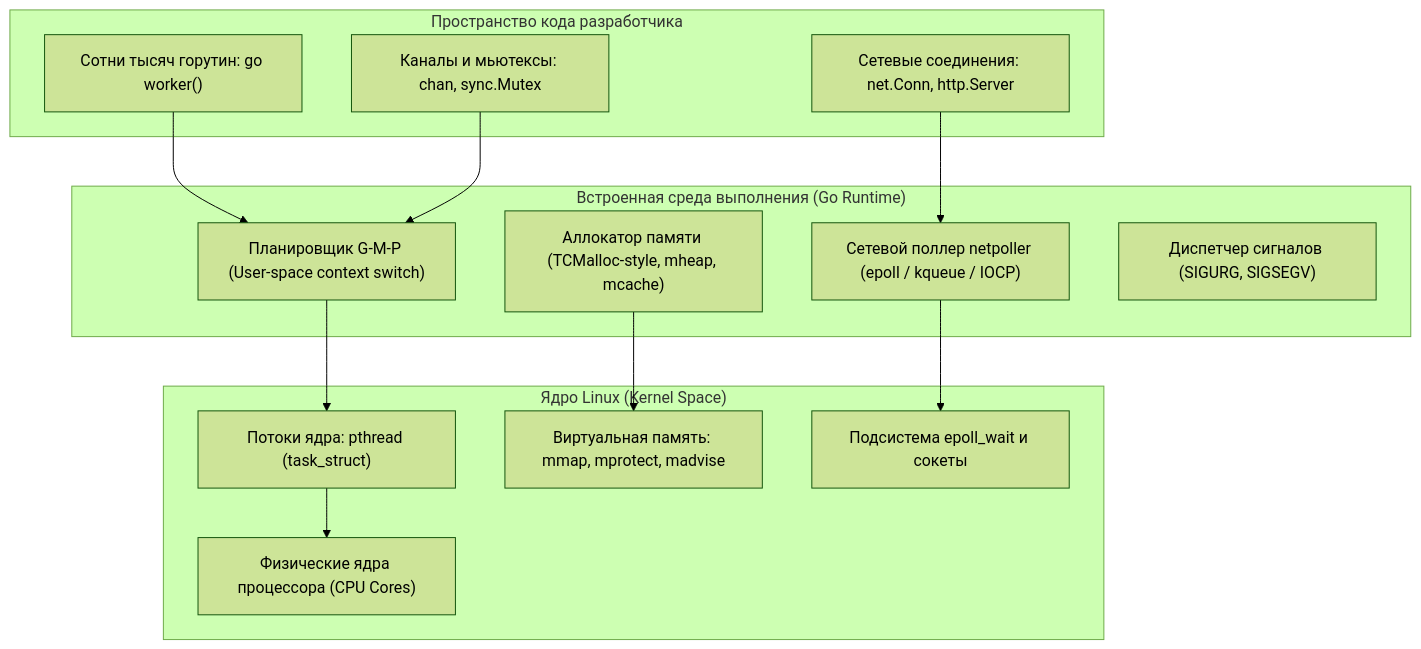
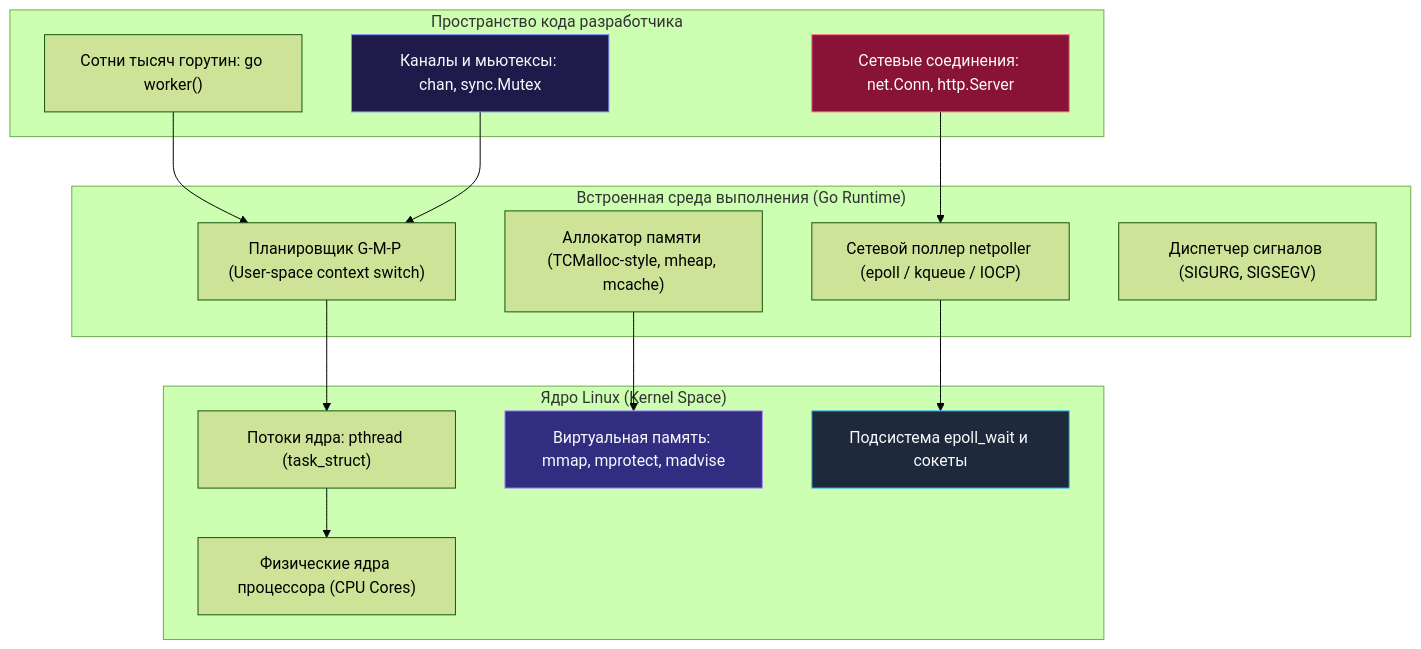
Before and after one commit to UnrealTemplier/go-textbook: the first of 5 diagrams in sources/2. Устройство и работа ОС/62. Как Go runtime взаимодействует с ОС.md, drawn with Mermaid (forest theme). The commit also changed other lines of this file and 1666 other files, not shown here.

First line of the commit message:
feat(mermaid): add semantic color classDef to 1369 colorless flowchart/graph diagrams

````diff
--- a/sources/2. Устройство и работа ОС/62. Как Go runtime взаимодействует с ОС.md
+++ b/sources/2. Устройство и работа ОС/62. Как Go runtime взаимодействует с ОС.md
@@ -14,31 +14,41 @@
 ```mermaid
 flowchart TD
+    classDef process  fill:#1e293b,stroke:#38bdf8,stroke-width:1px,color:#f8fafc
+    classDef success  fill:#064e3b,stroke:#34d399,stroke-width:1px,color:#f8fafc
+    classDef error    fill:#7f1d1d,stroke:#f87171,stroke-width:1px,color:#f8fafc
+    classDef warning  fill:#78350f,stroke:#fbbf24,stroke-width:1px,color:#f8fafc
+    classDef entry    fill:#1e3a5f,stroke:#38bdf8,stroke-width:2px,color:#f8fafc
+    classDef aux      fill:#334155,stroke:#64748b,stroke-width:1px,color:#f8fafc
+    classDef system   fill:#312e81,stroke:#a78bfa,stroke-width:1px,color:#f8fafc
+    classDef data     fill:#132d29,stroke:#2dd4bf,stroke-width:1px,color:#f8fafc
+    classDef network  fill:#881337,stroke:#fb7185,stroke-width:1px,color:#f8fafc
+    classDef accent   fill:#1e1b4b,stroke:#818cf8,stroke-width:1px,color:#f8fafc
     subgraph UserCode ["Пространство кода разработчика"]
         Goroutines["Сотни тысяч горутин: go worker()"]
-        Channels["Каналы и мьютексы: chan, sync.Mutex"]
-        NetConn["Сетевые соединения: net.Conn, http.Server"]
+        Channels["Каналы и мьютексы: chan, sync.Mutex"]:::accent
+        NetConn["Сетевые соединения: net.Conn, http.Server"]:::network
     end
 
     subgraph GoRuntime ["Встроенная среда выполнения (Go Runtime)"]
         GMP["Планировщик G-M-P (User-space context switch)"]
         MemAlloc["Аллокатор памяти (TCMalloc-style, mheap, mcache)"]
         NetPoller["Сетевой поллер netpoller (epoll / kqueue / IOCP)"]
         SignalHandler["Диспетчер сигналов (SIGURG, SIGSEGV)"]
     end
 
     subgraph LinuxKernel ["Ядро Linux (Kernel Space)"]
         Pthreads["Потоки ядра: pthread (task_struct)"]
-        VMSubsystem["Виртуальная память: mmap, mprotect, madvise"]
-        EpollCore["Подсистема epoll_wait и сокеты"]
+        VMSubsystem["Виртуальная память: mmap, mprotect, madvise"]:::system
+        EpollCore["Подсистема epoll_wait и сокеты"]:::process
         HardwareCPU["Физические ядра процессора (CPU Cores)"]
     end
 
     Goroutines --> GMP
     Channels --> GMP
     NetConn --> NetPoller
     
     GMP --> Pthreads
     MemAlloc --> VMSubsystem
     NetPoller --> EpollCore
     Pthreads --> HardwareCPU
 ```
````
